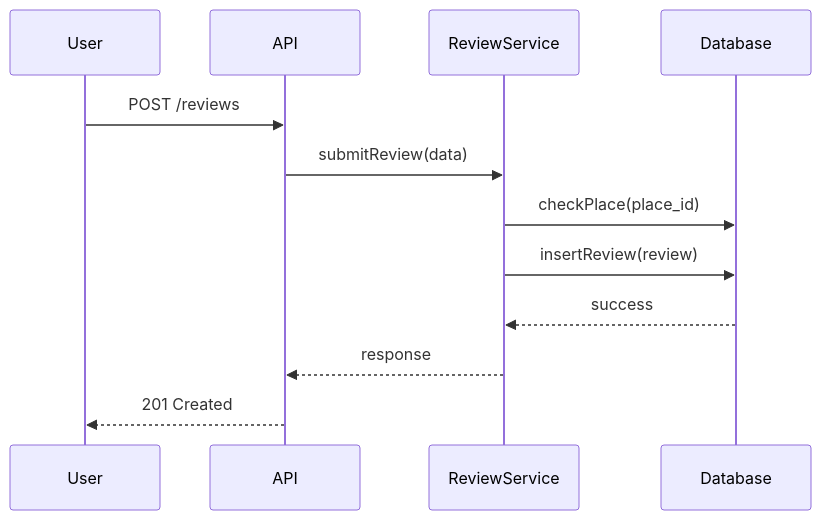
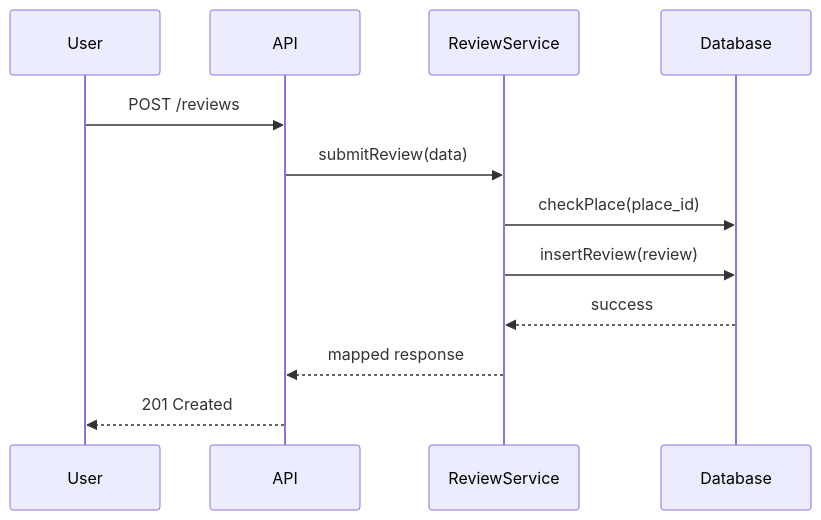
One commit to ScOreX-242/holbertonschool-hbnb changed the fifth of 6 diagrams in part1/README.md. Above: the diagram before and after it, drawn with Mermaid. The commit also changed other lines of this file, not shown here.

````diff
--- a/part1/README.md
+++ b/part1/README.md
@@ -150,15 +160,15 @@
 ```mermaid
 sequenceDiagram
     participant User
     participant API
     participant ReviewService
     participant Database
 
     User->>API: POST /reviews
     API->>ReviewService: submitReview(data)
     ReviewService->>Database: checkPlace(place_id)
     ReviewService->>Database: insertReview(review)
     Database-->>ReviewService: success
-    ReviewService-->>API: response
+    ReviewService-->>API: mapped response
     API-->>User: 201 Created
 ```
````
